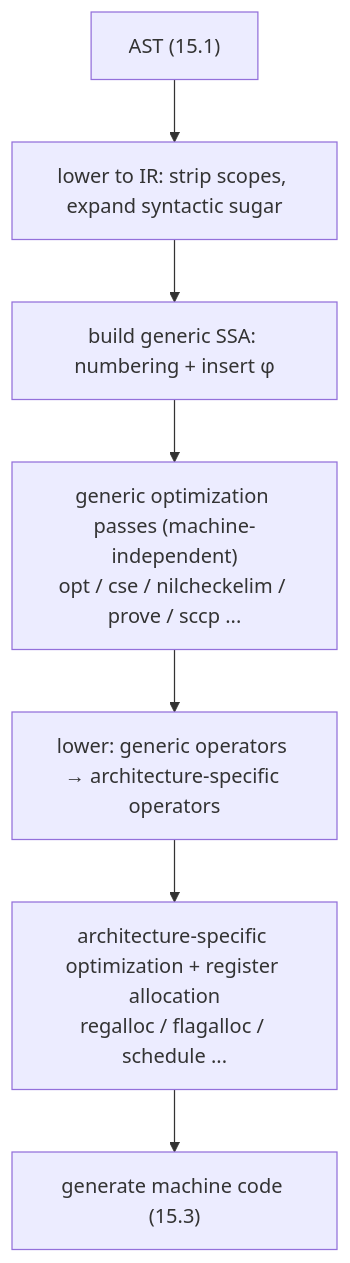
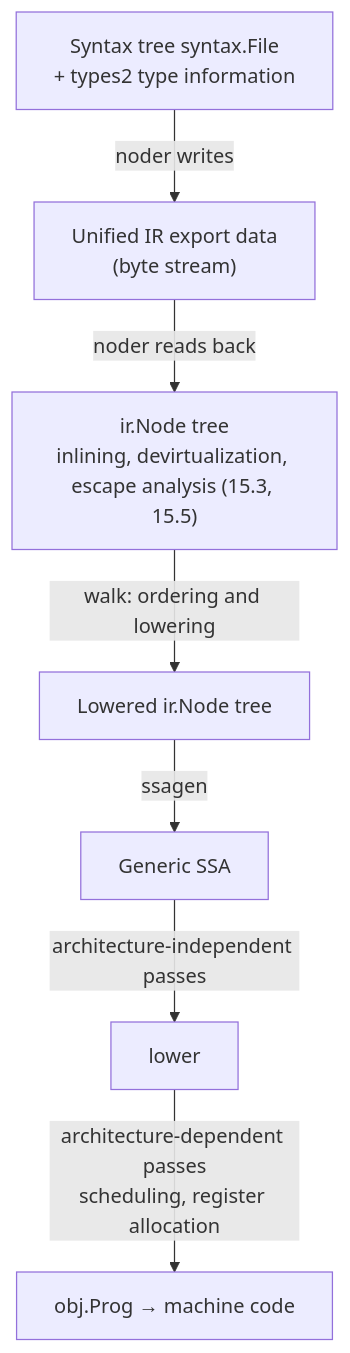
The diagram in book/en-us/part5toolchain/ch15compile/ssa.md (golang-design/under-the-hood), drawn with Mermaid before and after one commit. The commit also changed other lines of this file and 21 other files, not shown here.

````diff
--- a/book/en-us/part5toolchain/ch15compile/ssa.md
+++ b/book/en-us/part5toolchain/ch15compile/ssa.md
@@ -98,9 +20,9 @@
 ```mermaid
 flowchart TD
-    AST["AST (15.1)"] --> IR["lower to IR: strip scopes, expand syntactic sugar"]
-    IR --> GEN["build generic SSA: numbering + insert φ"]
-    GEN --> OPT["generic optimization passes (machine-independent)<br/>opt / cse / nilcheckelim / prove / sccp ..."]
-    OPT --> LOWER["lower: generic operators → architecture-specific operators"]
-    LOWER --> ARCH["architecture-specific optimization + register allocation<br/>regalloc / flagalloc / schedule ..."]
-    ARCH --> MC["generate machine code (15.3)"]
+    SYN["Syntax tree syntax.File<br/>+ types2 type information"] -->|"noder writes"| UIR["Unified IR export data<br/>(byte stream)"]
+        UIR -->|"noder reads back"| IR["ir.Node tree<br/>inlining, devirtualization, escape analysis (15.3, 15.5)"]
+    IR -->|"walk: ordering and lowering"| IR3["Lowered ir.Node tree"]
+    IR3 -->|"ssagen"| GSSA["Generic SSA"]
+    GSSA -->|"architecture-independent passes"| LOWER["lower"]
+    LOWER -->|"architecture-dependent passes<br/>scheduling, register allocation"| PROG["obj.Prog → machine code"]
 ```
````
